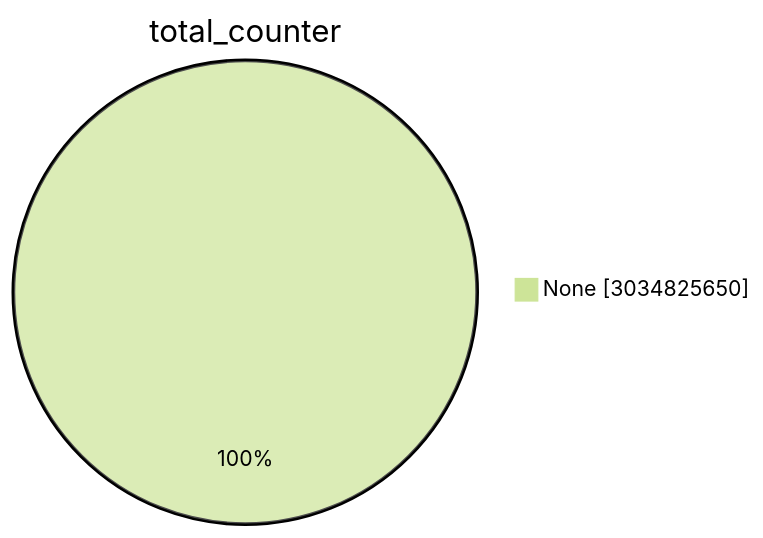
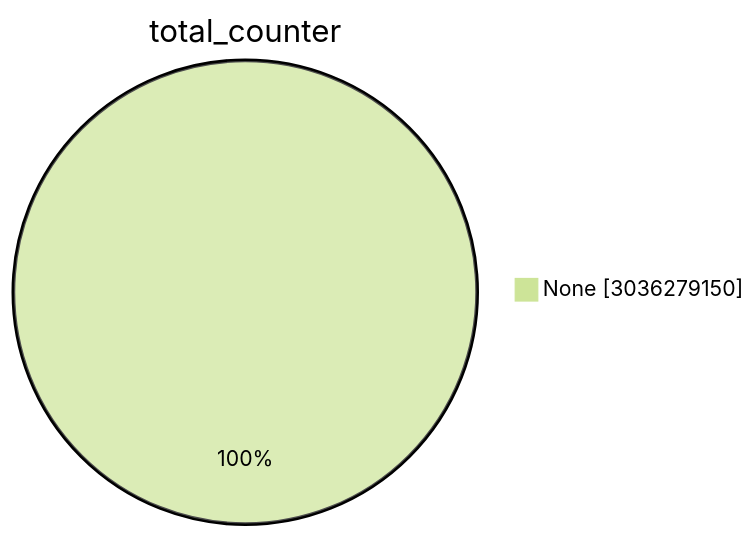
One commit to christiankrug/ctmonitor_visualization changed the first of 15 diagrams in TOTAL/README.md. Above: the diagram before and after it, drawn with Mermaid (forest theme). The commit also changed other lines of this file, not shown here.

````diff
--- a/TOTAL/README.md
+++ b/TOTAL/README.md
@@ -1,5 +1,5 @@
 ```mermaid
 pie showData
 title total_counter
-"None" :3034825650
+"None" :3036279150
 ```
````
